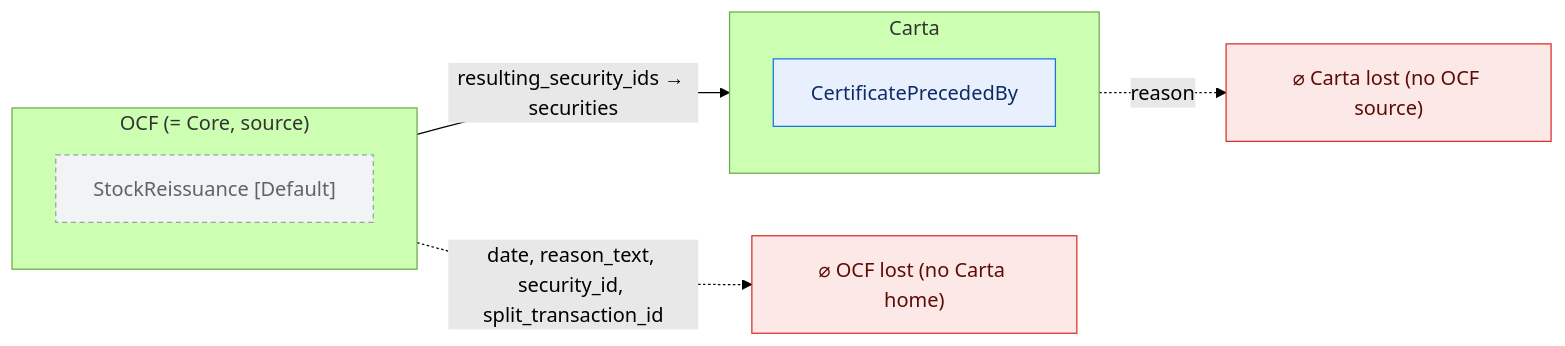
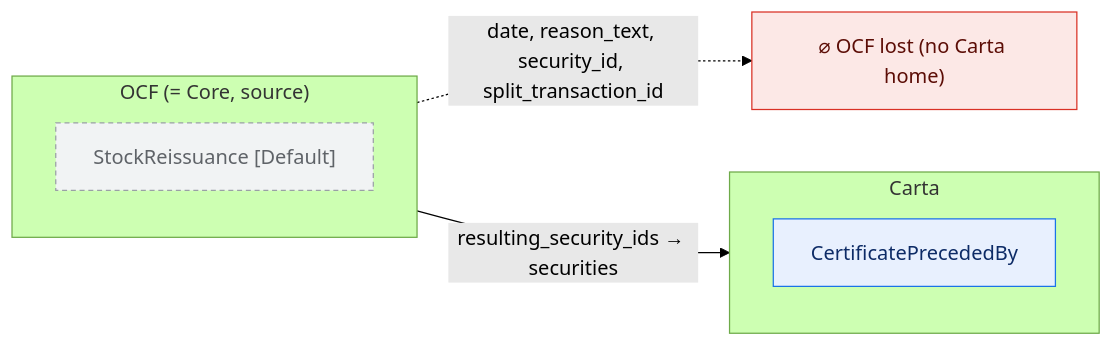
One commit to Open-Cap-Table-Coalition/OCF-Composed-Schemas changed diagram 43 of 47 in docs/core-bidirectional-flow.md. Above: the diagram before and after it, drawn with Mermaid (forest theme). The commit also changed other lines of this file and 5 other files, not shown here.

First line of the commit message:
Composite const: flow the fixed reasons into the final lineage objects too

````diff
--- a/docs/core-bidirectional-flow.md
+++ b/docs/core-bidirectional-flow.md
@@ -1162,20 +1151,18 @@
 ```mermaid
 flowchart LR
   classDef adm fill:#e6f4ea,stroke:#34a853,color:#0b3d20;
   classDef notadm fill:#f1f3f4,stroke:#9aa0a6,color:#5f6368,stroke-dasharray:4 3;
   classDef carta fill:#e8f0fe,stroke:#1a73e8,color:#0d2b66;
   classDef lost fill:#fce8e6,stroke:#d93025,color:#5c0d06;
   subgraph SRC["OCF (= Core, source)"]
     direction TB
     o0["StockReissuance [Default]"]:::notadm
   end
   subgraph TGT["Carta"]
     direction TB
     t0["CertificatePrecededBy"]:::carta
   end
   ocflost["⌀ OCF lost (no Carta home)"]:::lost
-  cartalost["⌀ Carta lost (no OCF source)"]:::lost
   o0 -->|"resulting_security_ids → securities"| t0
   o0 -.->|"date, reason_text, security_id, split_transaction_id"| ocflost
-  t0 -.->|"reason"| cartalost
 ```
````
